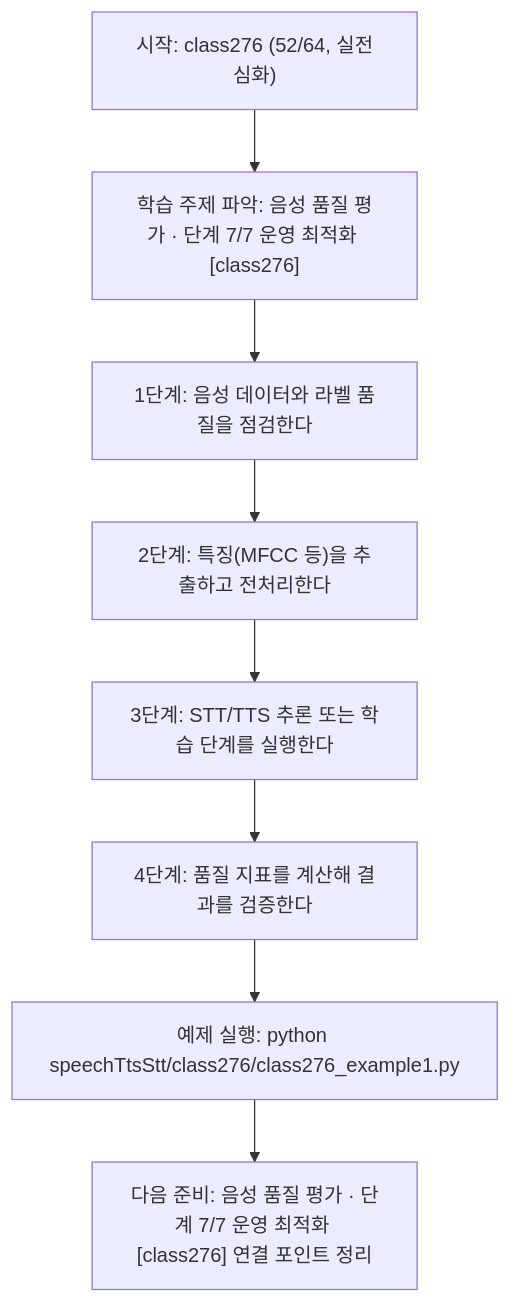
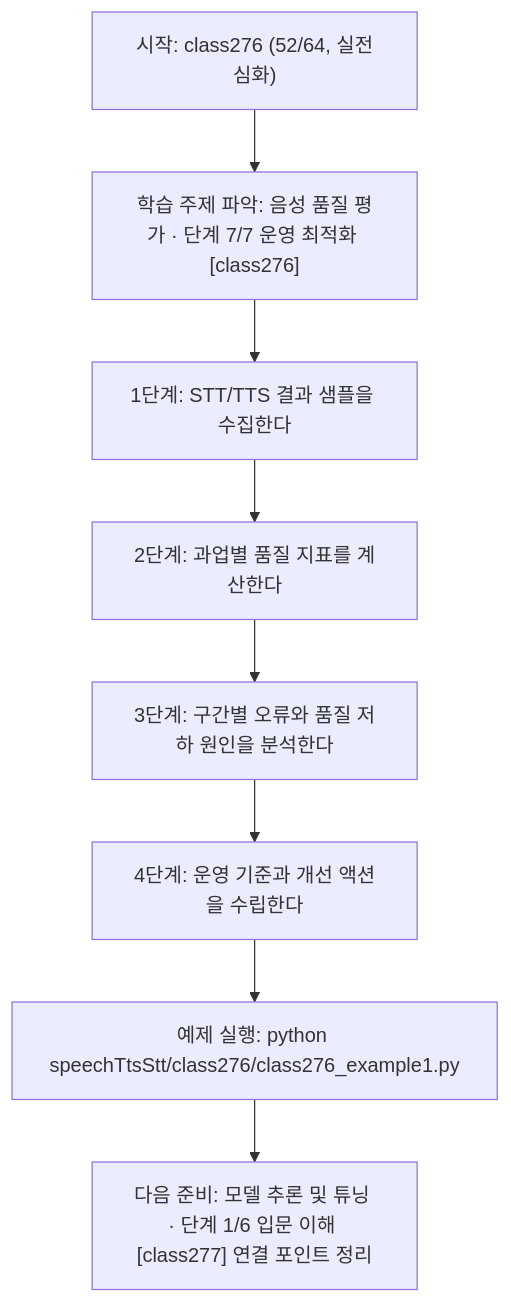
Before and after one commit to edumgt/Python-AI_Agent-Class: the diagram in speechTtsStt/class276/class276.md, drawn with Mermaid. The commit also changed other lines of this file and 1122 other files, not shown here.

````diff
--- a/speechTtsStt/class276/class276.md
+++ b/speechTtsStt/class276/class276.md
@@ -114,18 +95,18 @@
 ```mermaid
 flowchart TD
 N1["시작: class276 (52/64, 실전심화)"]
 N2["학습 주제 파악: 음성 품질 평가 · 단계 7/7 운영 최적화 [class276]"]
-N3["1단계: 음성 데이터와 라벨 품질을 점검한다"]
-N4["2단계: 특징(MFCC 등)을 추출하고 전처리한다"]
-N5["3단계: STT/TTS 추론 또는 학습 단계를 실행한다"]
-N6["4단계: 품질 지표를 계산해 결과를 검증한다"]
+N3["1단계: STT/TTS 결과 샘플을 수집한다"]
+N4["2단계: 과업별 품질 지표를 계산한다"]
+N5["3단계: 구간별 오류와 품질 저하 원인을 분석한다"]
+N6["4단계: 운영 기준과 개선 액션을 수립한다"]
 N7["예제 실행: python speechTtsStt/class276/class276_example1.py"]
-N8["다음 준비: 음성 품질 평가 · 단계 7/7 운영 최적화 [class276] 연결 포인트 정리"]
+N8["다음 준비: 모델 추론 및 튜닝 · 단계 1/6 입문 이해 [class277] 연결 포인트 정리"]
 N1 --> N2
 N2 --> N3
 N3 --> N4
 N4 --> N5
 N5 --> N6
 N6 --> N7
 N7 --> N8
 ```
````
